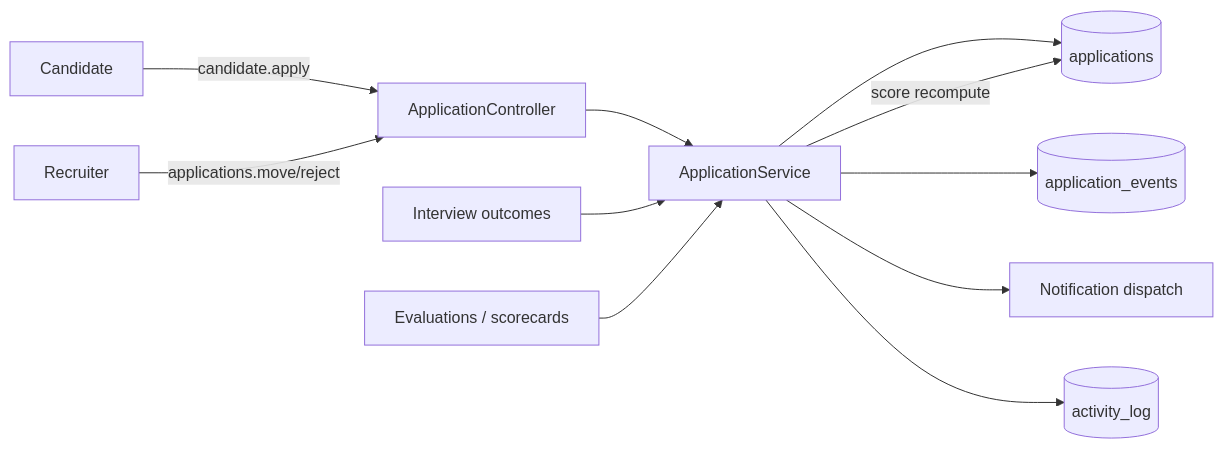
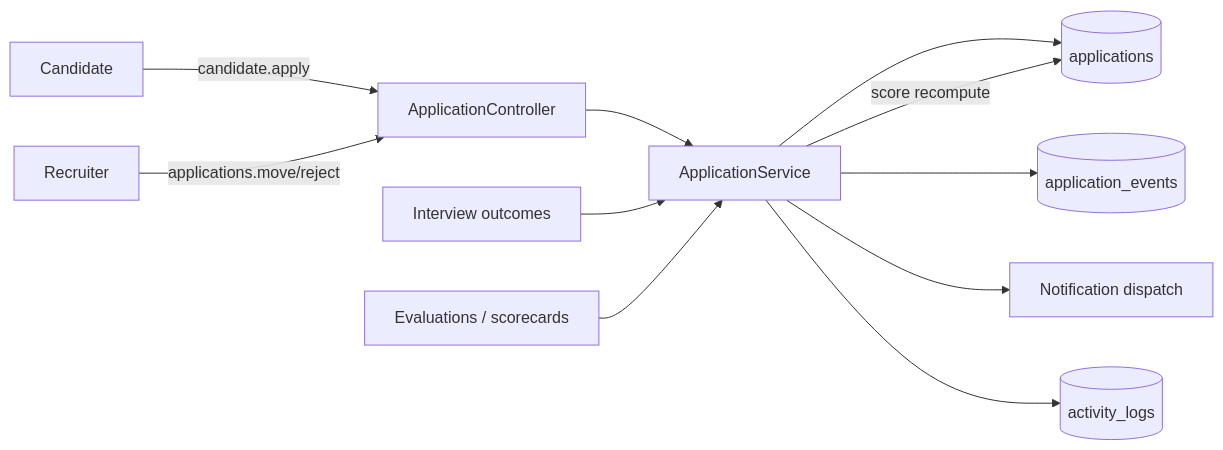
Before and after one commit to ammarnabileg/crm: the first of 3 diagrams in docs/25-Application-Lifecycle.md, drawn with Mermaid. The commit also changed other lines of this file and 26 other files, not shown here.

````diff
--- a/docs/25-Application-Lifecycle.md
+++ b/docs/25-Application-Lifecycle.md
@@ -39,13 +39,13 @@
 ```mermaid
 flowchart LR
   Cand[Candidate] -->|candidate.apply| AC[ApplicationController]
   Rec[Recruiter] -->|applications.move/reject| AC
   AC --> AS[ApplicationService]
   AS --> AM[(applications)]
   AS --> EV[(application_events)]
   AS --> NT[Notification dispatch]
-  AS --> AL[(activity_log)]
+  AS --> AL[(activity_logs)]
   IV[Interview outcomes] --> AS
   EvalS[Evaluations / scorecards] --> AS
   AS -->|score recompute| AM
 ```
````
